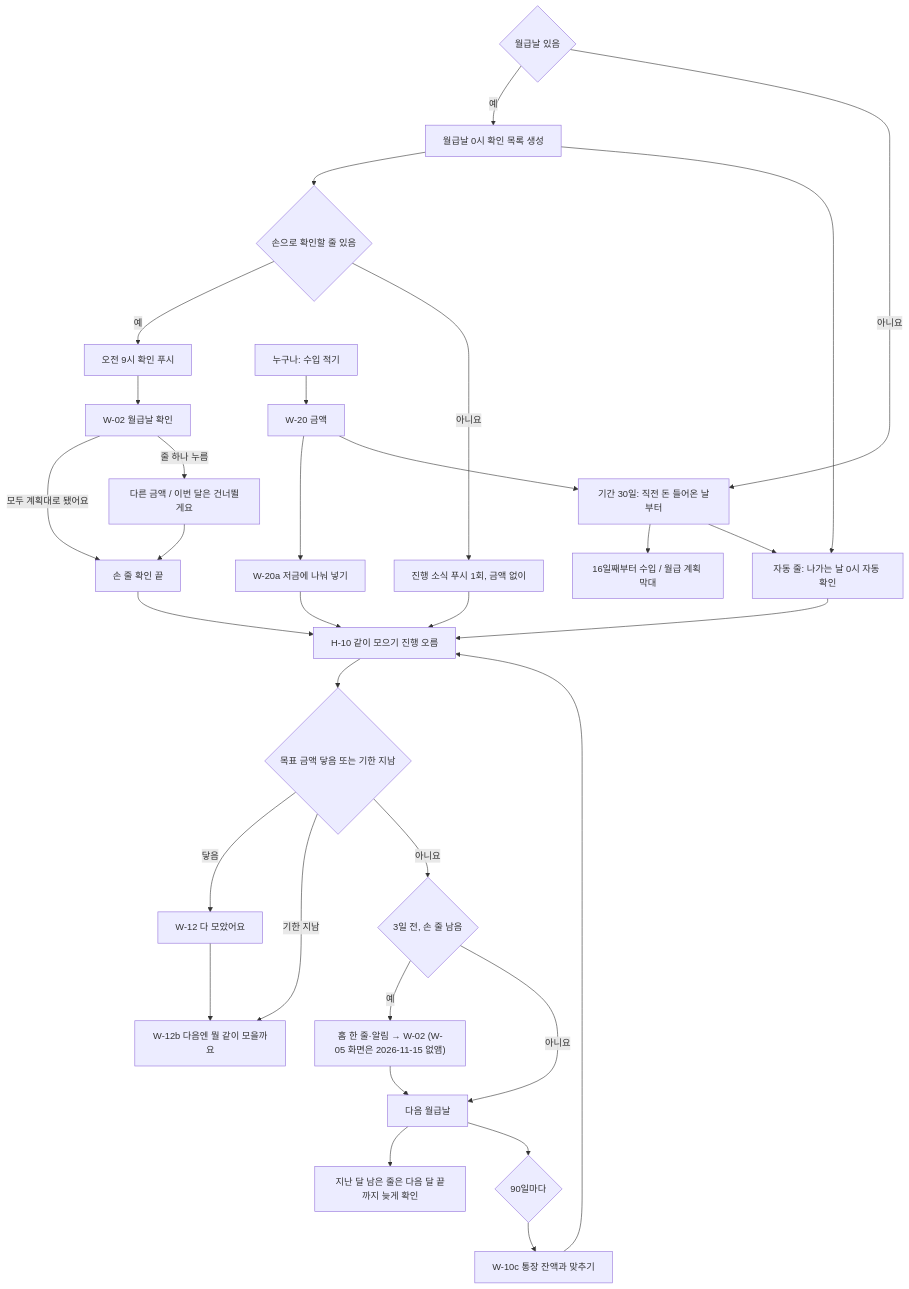
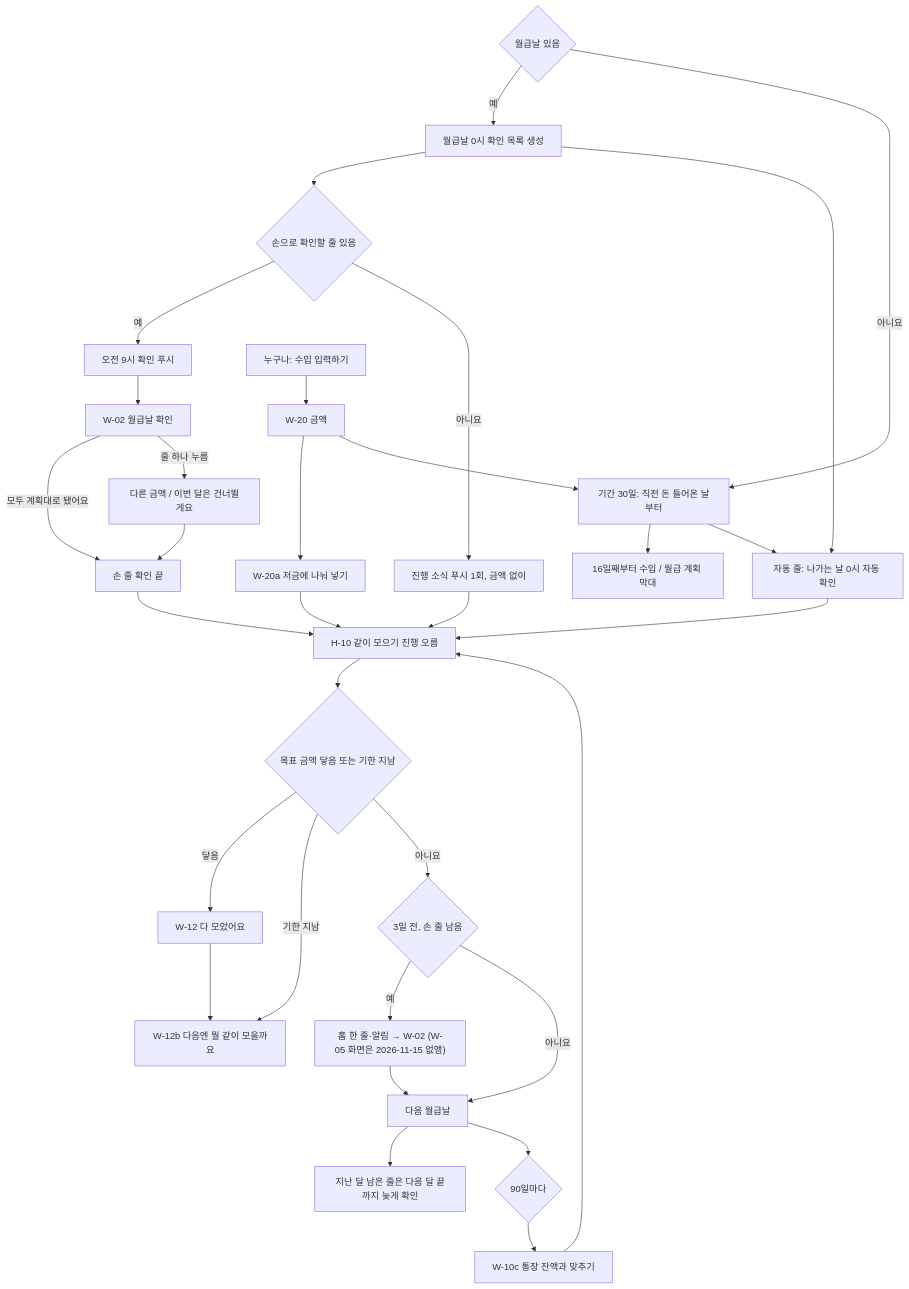
One commit to ooeabin/sweetwo changed the third of 4 diagrams in docs/spec/03-user-flow.md. Above: the diagram before and after it, drawn with Mermaid. The commit also changed other lines of this file and 134 other files, not shown here.

````diff
--- a/docs/spec/03-user-flow.md
+++ b/docs/spec/03-user-flow.md
@@ -105,35 +105,35 @@
 ```mermaid
 flowchart TD
   START{"월급날 있음"}
   START -->|"예"| PAY["월급날 0시 확인 목록 생성"]
   START -->|"아니요"| PERIOD["기간 30일: 직전 돈 들어온 날부터"]
   PERIOD --> BAR["16일째부터 수입 / 월급 계획 막대"]
   PAY --> ANY{"손으로 확인할 줄 있음"}
   ANY -->|"예"| PUSH["오전 9시 확인 푸시"]
   ANY -->|"아니요"| NEWS["진행 소식 푸시 1회, 금액 없이"]
   PUSH --> W02["W-02 월급날 확인"]
   W02 -->|"모두 계획대로 됐어요"| DONE["손 줄 확인 끝"]
   W02 -->|"줄 하나 누름"| EXC["다른 금액 / 이번 달은 건너뛸게요"]
   EXC --> DONE
   PAY --> AUTOD["자동 줄: 나가는 날 0시 자동 확인"]
   PERIOD --> AUTOD
   AUTOD --> PROG["H-10 같이 모으기 진행 오름"]
   NEWS --> PROG
   DONE --> PROG
-  IN["누구나: 수입 적기"] --> W20["W-20 금액"]
+  IN["누구나: 수입 입력하기"] --> W20["W-20 금액"]
   W20 --> W20A["W-20a 저금에 나눠 넣기"]
   W20A --> PROG
   W20 --> PERIOD
   PROG --> ACH{"목표 금액 닿음 또는 기한 지남"}
   ACH -->|"닿음"| W12["W-12 다 모았어요"]
   W12 --> W12B["W-12b 다음엔 뭘 같이 모을까요"]
   ACH -->|"기한 지남"| W12B
   ACH -->|"아니요"| PRE{"3일 전, 손 줄 남음"}
   PRE -->|"예"| W02P["홈 한 줄·알림 → W-02 (W-05 화면은 2026-11-15 없앰)"]
   PRE -->|"아니요"| NEXT["다음 월급날"]
   W02P --> NEXT
   NEXT --> LATE["지난 달 남은 줄은 다음 달 끝까지 늦게 확인"]
   NEXT --> Q90{"90일마다"}
   Q90 --> W10C["W-10c 통장 잔액과 맞추기"]
   W10C --> PROG
 ```
````
